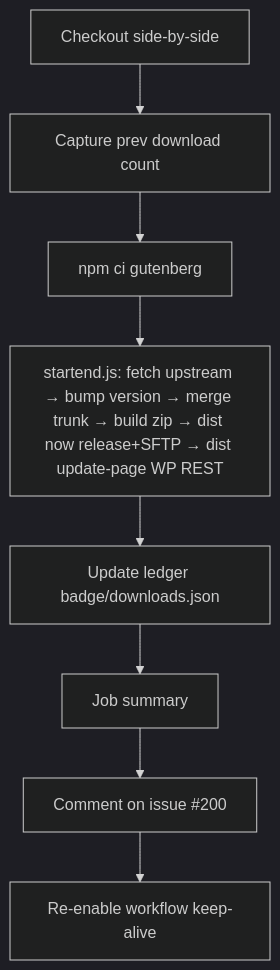
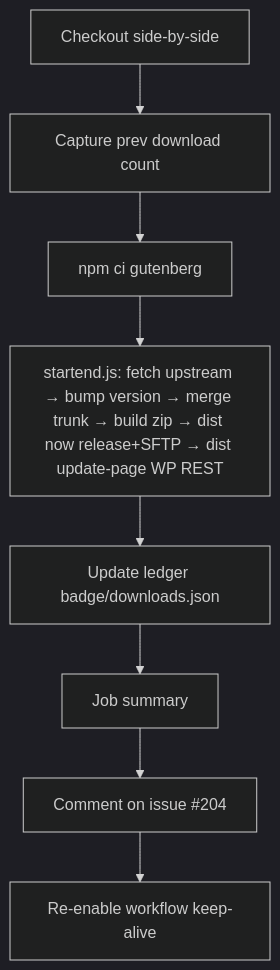
Before and after one commit to bph/distribute-nightly: the diagram in documentation/RUNBOOK.md, drawn with Mermaid (dark theme). The commit also changed other lines of this file and 2 other files, not shown here.

First line of the commit message:
chore: point build-log comments to new tracking issue #204

````diff
--- a/documentation/RUNBOOK.md
+++ b/documentation/RUNBOOK.md
@@ -15,10 +15,10 @@
 ```mermaid
 graph TD
     A[Checkout side-by-side] --> B[Capture prev download count]
     B --> C[npm ci gutenberg]
     C --> D[startend.js: fetch upstream → bump version → merge trunk → build zip → dist now release+SFTP → dist update-page WP REST]
     D --> E[Update ledger badge/downloads.json]
     E --> F[Job summary]
-    F --> G[Comment on issue #200]
+    F --> G[Comment on issue #204]
     G --> H[Re-enable workflow keep-alive]
 ```
````
